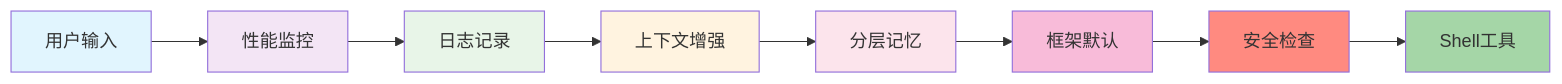
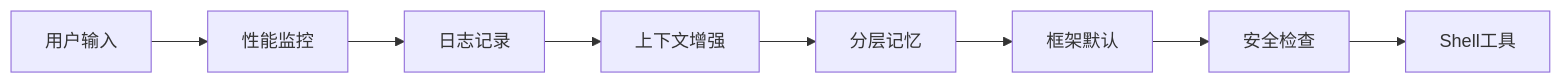
The first of 2 diagrams in README.md (3uyuan1ee/Fix_agent), drawn with Mermaid before and after one commit. The commit also changed other lines of this file, not shown here.

````diff
--- a/README.md
+++ b/README.md
@@ -19,19 +19,10 @@
 ```mermaid
 graph LR
     A[用户输入] --> B[性能监控]
     B --> C[日志记录]
     C --> D[上下文增强]
     D --> E[分层记忆]
     E --> F[框架默认]
     F --> G[安全检查]
     G --> H[Shell工具]
-
-    style A fill:#e1f5fe
-    style B fill:#f3e5f5
-    style C fill:#e8f5e8
-    style D fill:#fff3e0
-    style E fill:#fce4ec
-    style F fill:#f8bbd9
-    style G fill:#ff8a80
-    style H fill:#a5d6a7
 ```
````
